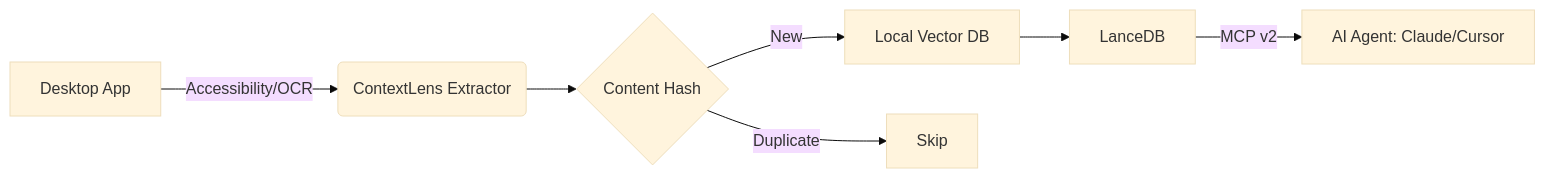
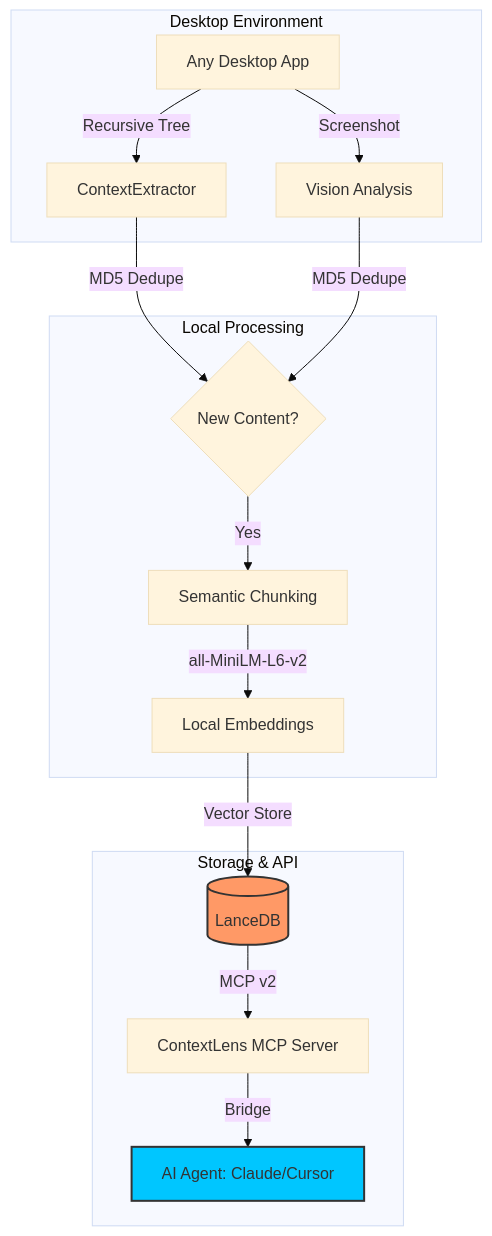
One commit to mjthedeveloper-07/context-lens changed the diagram in README.md. Above: the diagram before and after it, drawn with Mermaid (base theme). The commit also changed other lines of this file, not shown here.

````diff
--- a/README.md
+++ b/README.md
@@ -24,9 +37,22 @@
 ```mermaid
-graph LR
-    A[Desktop App] -->|Accessibility/OCR| B(ContextLens Extractor)
-    B --> C{Content Hash}
-    C -->|New| D[Local Vector DB]
-    C -->|Duplicate| E[Skip]
-    D --> F[LanceDB]
-    F -->|MCP v2| G[AI Agent: Claude/Cursor]
+graph TD
+    subgraph "Desktop Environment"
+        App[Any Desktop App] -->|Recursive Tree| Ext[ContextExtractor]
+        App -->|Screenshot| Vis[Vision Analysis]
+    end
+
+    subgraph "Local Processing"
+        Ext & Vis -->|MD5 Dedupe| Hash{New Content?}
+        Hash -->|Yes| Chunk[Semantic Chunking]
+        Chunk -->|all-MiniLM-L6-v2| Emb[Local Embeddings]
+    end
+
+    subgraph "Storage & API"
+        Emb -->|Vector Store| LDB[(LanceDB)]
+        LDB -->|MCP v2| Server[ContextLens MCP Server]
+        Server -->|Bridge| Agent[AI Agent: Claude/Cursor]
+    end
+
+    style LDB fill:#f96,stroke:#333,stroke-width:2px
+    style Agent fill:#00c6ff,stroke:#333,stroke-width:2px
 ```
````
